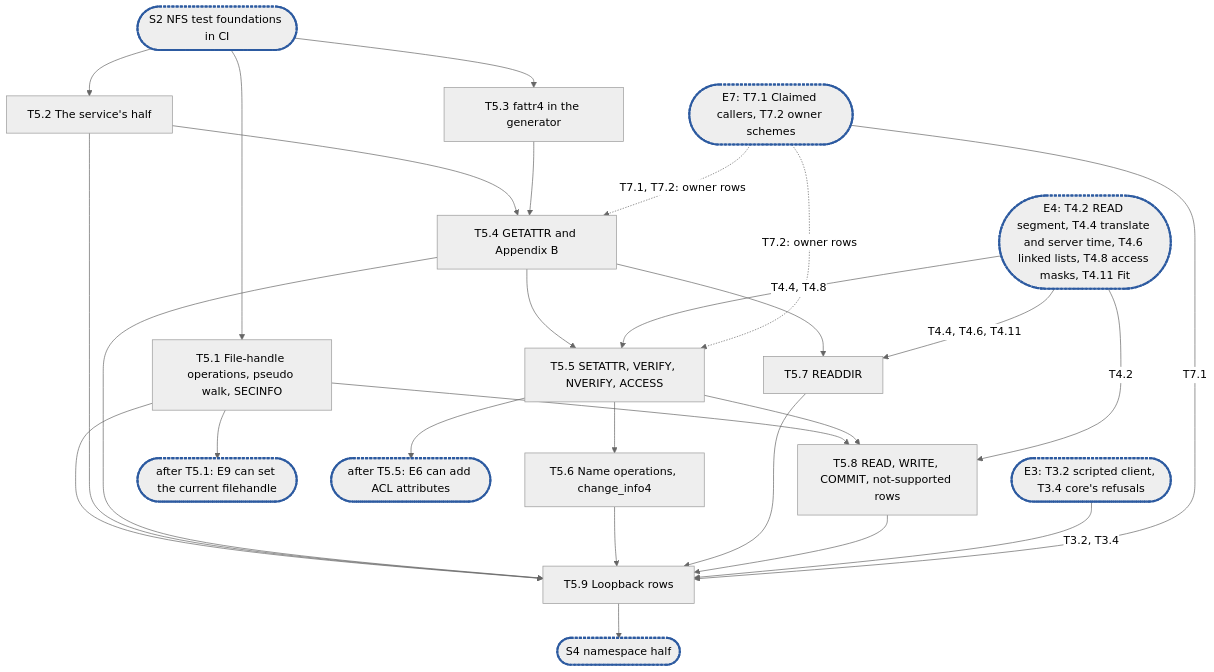
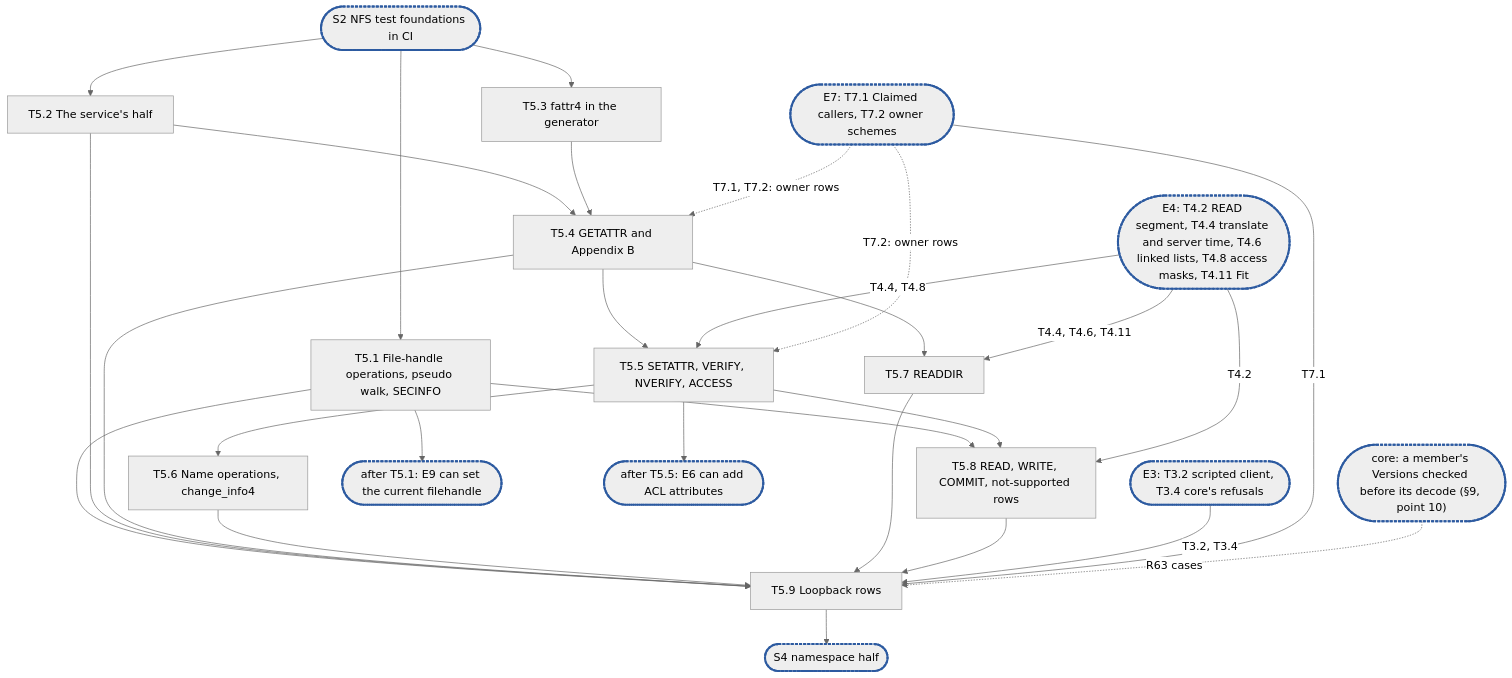
Before and after one commit to cubbit/dittofs: the diagram in .planning/rfc-21-nfs-epic5.md, drawn with Mermaid (neutral theme). The commit also changed other lines of this file and 1 other file, not shown here.

Commit message:
docs(planning): E5's LOOKUPP into an enclosing share through its admission, special stateids by seqid, reserved cookies

````diff
--- a/.planning/rfc-21-nfs-epic5.md
+++ b/.planning/rfc-21-nfs-epic5.md
@@ -1003,27 +1043,29 @@
 ```mermaid
 flowchart TD
   S2(["S2 NFS test foundations in CI"]):::sync
   E4(["E4: T4.2 READ segment, T4.4 translate and server time, T4.6 linked lists, T4.8 access masks, T4.11 Fit"]):::sync
   E3(["E3: T3.2 scripted client, T3.4 core's refusals"]):::sync
   E7(["E7: T7.1 Claimed callers, T7.2 owner schemes"]):::sync
+  CV(["core: a member's Versions checked before its decode (§9, point 10)"]):::sync
   S2 --> T5_1["T5.1 File-handle operations, pseudo walk, SECINFO"]
   S2 --> T5_2["T5.2 The service's half"]
   S2 --> T5_3["T5.3 fattr4 in the generator"]
   T5_2 & T5_3 --> T5_4["T5.4 GETATTR and Appendix B"]
   E7 -. "T7.1, T7.2: owner rows" .-> T5_4
   T5_4 --> T5_5["T5.5 SETATTR, VERIFY, NVERIFY, ACCESS"]
   E4 -- "T4.4, T4.8" --> T5_5
   E7 -. "T7.2: owner rows" .-> T5_5
   T5_5 --> T5_6["T5.6 Name operations, change_info4"]
   T5_4 --> T5_7["T5.7 READDIR"]
   E4 -- "T4.4, T4.6, T4.11" --> T5_7
   T5_1 & T5_5 --> T5_8["T5.8 READ, WRITE, COMMIT, not-supported rows"]
   E4 -- "T4.2" --> T5_8
   T5_1 --> C1(["after T5.1: E9 can set the current filehandle"]):::sync
   T5_5 --> C2(["after T5.5: E6 can add ACL attributes"]):::sync
   T5_1 & T5_2 & T5_4 & T5_6 & T5_7 & T5_8 --> T5_9["T5.9 Loopback rows"]
   E3 -- "T3.2, T3.4" --> T5_9
   E7 -- "T7.1" --> T5_9
+  CV -. "R63 cases" .-> T5_9
   T5_9 --> S4(["S4 namespace half"]):::sync
   classDef sync stroke:#2c5aa0,stroke-width:3px,stroke-dasharray:4 2
 ```
````
